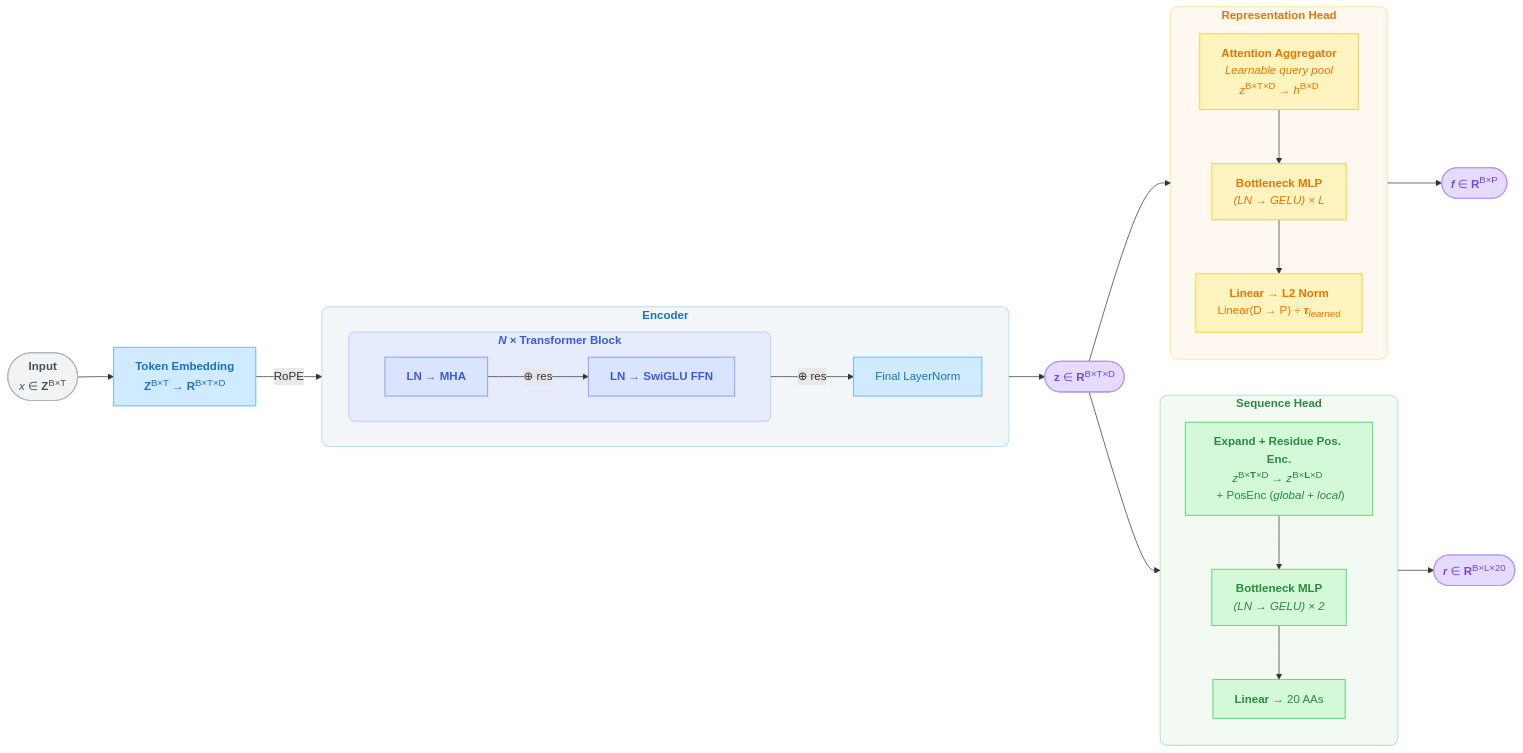
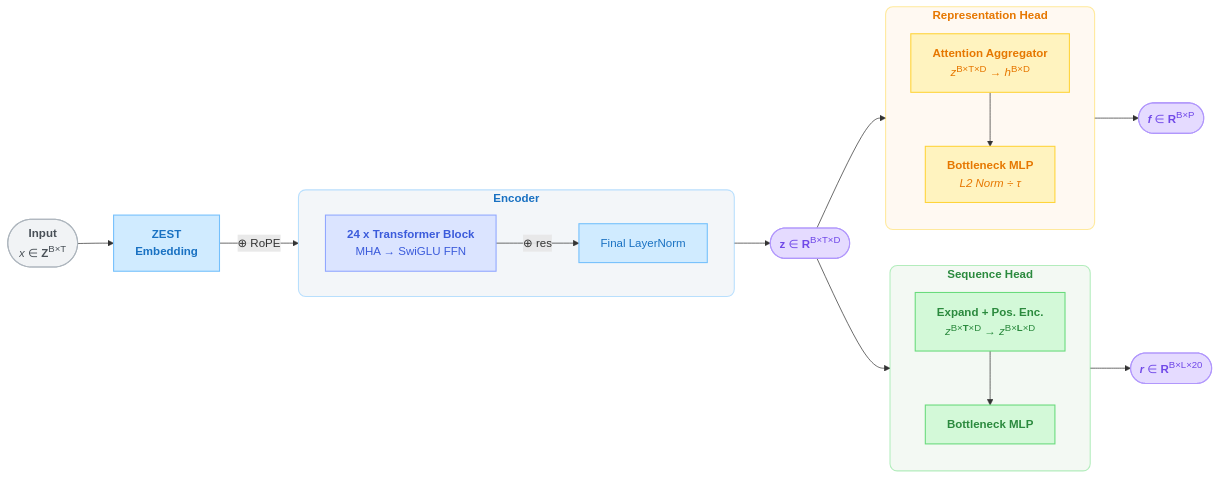
The diagram in docs/lemon.mermaid (Biswajit-Banerjee/ZEST), drawn with Mermaid before and after one commit.

Commit message:
simplify the diagram

```diff
--- a/docs/lemon.mermaid
+++ b/docs/lemon.mermaid
@@ -1,83 +1,75 @@
 %%{init: {
   'theme': 'base',
   'themeVariables': {
     'fontSize': '15px',
     'primaryColor': '#F8F9FA',
     'primaryBorderColor': '#ADB5BD',
     'primaryTextColor': '#343A40',
     'lineColor': '#868E96',
     'fontFamily': 'Inter, Helvetica Neue, Arial, sans-serif'
   },
 }}%%
 
 flowchart LR
     %% ── Input ──
     input(["<b style='font-size:16px'>Input</b><br/><i>x</i> ∈ <b>Z</b><sup>B×T</sup>"])
 
     %% ── Embedding ──
-    emb["<b style='font-size:16px'>Token Embedding</b><br/><b>Z</b><sup>B×T</sup> → <b>R</b><sup>B×T×D</sup>"]
+    emb["<b style='font-size:16px'>ZEST <br/>Embedding</b>"]
 
     %% ── Encoder > N × Block > MHA + FFN ──
     subgraph ENC ["<b>Encoder</b>"]
         direction LR
-        subgraph BLK ["<b><i>N</i> × Transformer Block</b>"]
-            direction LR
-            mhsa["<b>LN → MHA</b>"]
-            ffn["<b>LN → SwiGLU FFN</b>"]
-            mhsa -->|⊕ res| ffn
-        end
+        BLK["<b>24 x Transformer Block</b><br/>MHA → SwiGLU FFN"]
         fnorm["Final LayerNorm"]
         BLK --> |⊕ res| fnorm
     end
 
     %% ── Shared representation ──
     z(["<b style='font-size:16px'>z</b> ∈ <b>R</b><sup>B×T×D</sup>"])
 
     %% ── Sequence Head (Profile Expansion) ──
     subgraph P1 ["<b>Sequence Head</b>"]
         direction TB
-        expand["<b>Expand + Residue Pos. Enc.</b><br/><i>z</i><sup>B×<b>T</b>×D</sup> → <i>z</i><sup>B×<b>L</b>×D</sup> <br/> + PosEnc (<i>global</i> + <i>local</i>)"]
-        resmlp["<b>Bottleneck MLP</b><br/><i>(LN → GELU) × 2</i>"]
-        aalin["<b>Linear</b> → 20 AAs"]
-        expand --> resmlp --> aalin
+        expand["<b>Expand + Pos. Enc.</b><br/><i>z</i><sup>B×<b>T</b>×D</sup> → <i>z</i><sup>B×<b>L</b>×D</sup>"]
+        resmlp["<b>Bottleneck MLP</b>"]
+        expand --> resmlp
     end
     out1(["<b style='font-size:15px'><i>r</i></b> ∈ <b>R</b><sup>B×L×20</sup>"])
 
     subgraph P2 ["<b>Representation Head</b>"]
         direction TB
-        agg["<b>Attention Aggregator</b><br/><i>Learnable query pool</i><br/><i>z</i><sup>B×T×D</sup> → <i>h</i><sup>B×D</sup>"]
-        proj["<b>Bottleneck MLP</b><br/><i>(LN → GELU) × L</i>"]
-        norm_t["<b>Linear → L2 Norm</b><br/>Linear(D → P) ÷ <i><b>τ</b><sub>learned</sub></i>"]
-        agg --> proj --> norm_t
+        agg["<b>Attention Aggregator</b><br/><i>z</i><sup>B×T×D</sup> → <i>h</i><sup>B×D</sup>"]
+        proj["<b>Bottleneck MLP</b><br/><i>L2 Norm ÷ τ</i>"]
+        agg --> proj
     end
     out2(["<b style='font-size:15px'><i>f</i></b> ∈ <b>R</b><sup>B×P</sup>"])
 
     %% ── Connections ──
-    input --> emb --> | RoPE | ENC
+    input --> emb --> |⊕ RoPE| ENC
     fnorm --> z
     z --> expand
-    aalin --> out1
+    resmlp --> out1
     z --> agg
-    norm_t --> out2
+    proj --> out2
     
 
     %% ── Styling ──
     classDef inputNode fill:#F1F3F5,stroke:#ADB5BD,stroke-width:1.5px,color:#495057
     classDef encNode fill:#D0EBFF,stroke:#74C0FC,stroke-width:1.5px,color:#1971C2
     classDef blkNode fill:#DBE4FF,stroke:#91A7FF,stroke-width:1.5px,color:#3B5BDB
     classDef p1Node fill:#D3F9D8,stroke:#69DB7C,stroke-width:1.5px,color:#2B8A3E
     classDef p2Node fill:#FFF3BF,stroke:#FFD43B,stroke-width:1.5px,color:#E67700
     classDef outNode fill:#E5DBFF,stroke:#B197FC,stroke-width:1.5px,color:#7048E8
 
     class input inputNode
     class emb,fnorm encNode
-    class mhsa,ffn blkNode
-    class expand,resmlp,aalin p1Node
-    class agg,proj,norm_t p2Node
+    class BLK blkNode
+    class expand,resmlp p1Node
+    class agg,proj p2Node
     class z,out1,out2 outNode
 
     %% ── Subgraph styling ──
     style ENC fill:#E9EEF5,opacity:0.5,stroke:#74C0FC,stroke-width:1.5px,color:#1971C2,rx:10,ry:10
-    style BLK fill:#DBE4FF,opacity:0.5,stroke:#91A7FF,stroke-width:1.5px,color:#3B5BDB,rx:8,ry:8
     style P1 fill:#E9F5E9,opacity:0.5,stroke:#69DB7C,stroke-width:1.5px,color:#2B8A3E,rx:10,ry:10
     style P2 fill:#FFF5E6,opacity:0.5,stroke:#FFD43B,stroke-width:1.5px,color:#E67700,rx:10,ry:10
```
